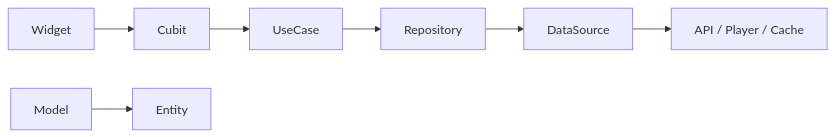
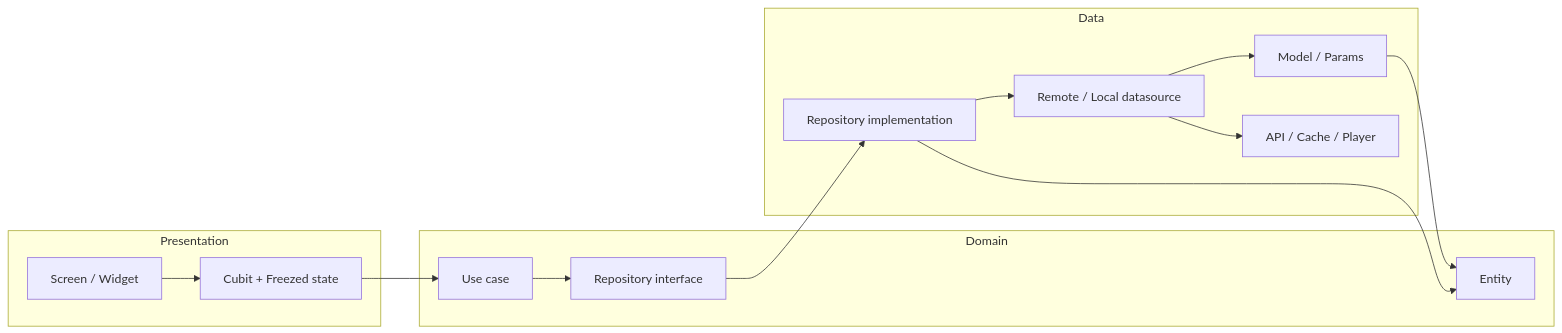
The first of 5 diagrams in README.md (Ammourie/Sakeenah), drawn with Mermaid before and after one commit. The commit also changed other lines of this file, not shown here.

Commit message:
enhance README with detailed architecture flowcharts for presentation, domain, and data layers

````diff
--- a/README.md
+++ b/README.md
@@ -332,9 +332,30 @@
 ```mermaid
 flowchart LR
-  Widget --> Cubit
+  subgraph presentationLayer [Presentation]
+    Screen["Screen / Widget"]
+    Cubit["Cubit + Freezed state"]
+  end
+
+  subgraph domainLayer [Domain]
+    UseCase["Use case"]
+    Entity["Entity"]
+    RepositoryContract["Repository interface"]
+  end
+
+  subgraph dataLayer [Data]
+    RepositoryImpl["Repository implementation"]
+    DataSource["Remote / Local datasource"]
+    Model["Model / Params"]
+    External["API / Cache / Player"]
+  end
+
+  Screen --> Cubit
   Cubit --> UseCase
-  UseCase --> Repository
-  Repository --> DataSource
-  DataSource --> API["API / Player / Cache"]
+  UseCase --> RepositoryContract
+  RepositoryContract --> RepositoryImpl
+  RepositoryImpl --> DataSource
+  DataSource --> External
+  DataSource --> Model
   Model --> Entity
+  RepositoryImpl --> Entity
 ```
````
